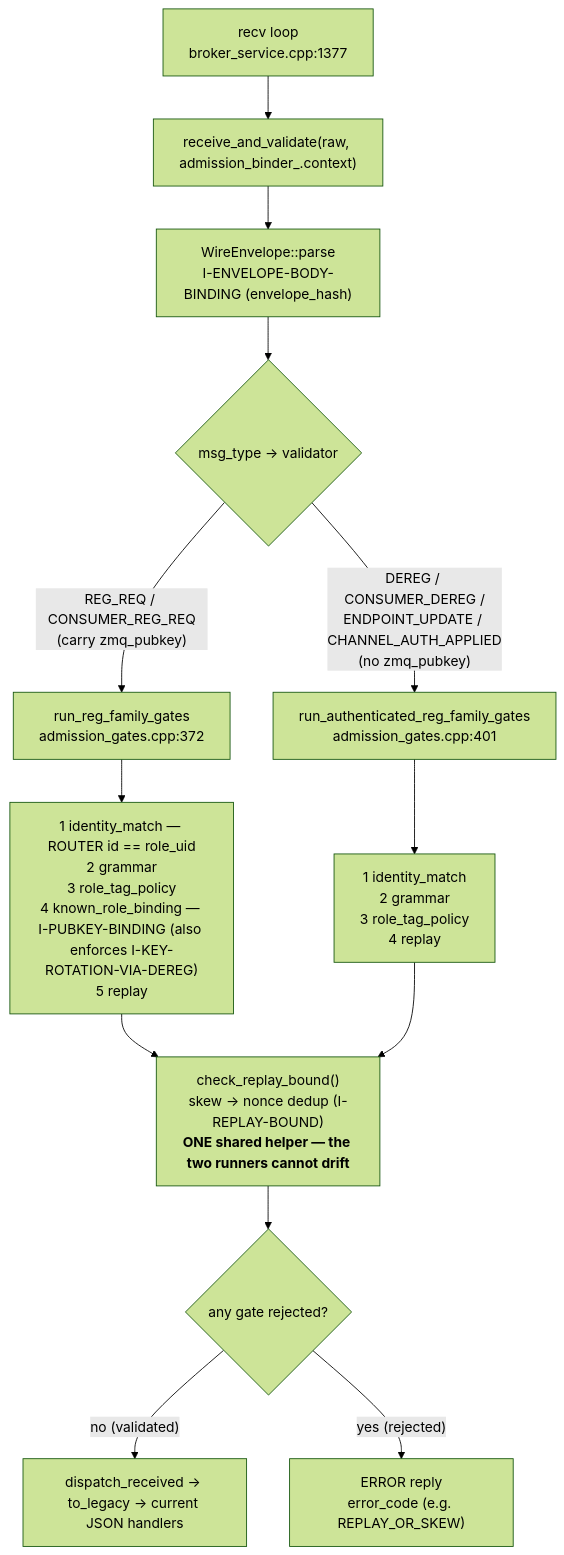
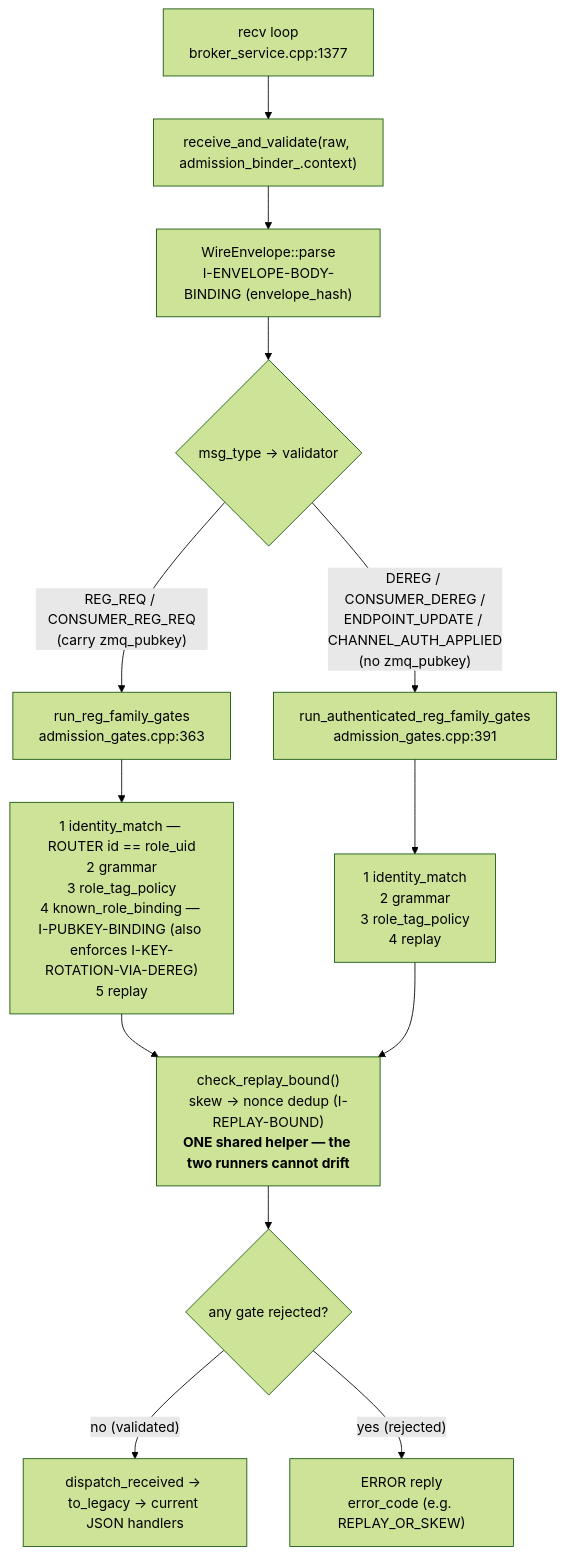
One commit to Qing-LAB/pylabhub changed the diagram in docs/HEP/HEP-CORE-0046-REG-Protocol-Redesign.md. Above: the diagram before and after it, drawn with Mermaid (forest theme). The commit also changed 8 other files, not shown here.

````diff
--- a/docs/HEP/HEP-CORE-0046-REG-Protocol-Redesign.md
+++ b/docs/HEP/HEP-CORE-0046-REG-Protocol-Redesign.md
@@ -53,20 +53,20 @@
 ```mermaid
 flowchart TD
     RECV["recv loop<br/>broker_service.cpp:1377"]
       --> RV["receive_and_validate(raw, admission_binder_.context)"]
     RV --> PARSE["WireEnvelope::parse<br/>I-ENVELOPE-BODY-BINDING (envelope_hash)"]
     PARSE --> ROUTE{"msg_type → validator"}
 
-    ROUTE -->|"REG_REQ / CONSUMER_REG_REQ<br/>(carry zmq_pubkey)"| RFG["run_reg_family_gates<br/>admission_gates.cpp:372"]
-    ROUTE -->|"DEREG / CONSUMER_DEREG /<br/>ENDPOINT_UPDATE / CHANNEL_AUTH_APPLIED<br/>(no zmq_pubkey)"| ARF["run_authenticated_reg_family_gates<br/>admission_gates.cpp:401"]
+    ROUTE -->|"REG_REQ / CONSUMER_REG_REQ<br/>(carry zmq_pubkey)"| RFG["run_reg_family_gates<br/>admission_gates.cpp:363"]
+    ROUTE -->|"DEREG / CONSUMER_DEREG /<br/>ENDPOINT_UPDATE / CHANNEL_AUTH_APPLIED<br/>(no zmq_pubkey)"| ARF["run_authenticated_reg_family_gates<br/>admission_gates.cpp:391"]
 
     RFG --> RFGG["1 identity_match — ROUTER id == role_uid<br/>2 grammar<br/>3 role_tag_policy<br/>4 known_role_binding — I-PUBKEY-BINDING (also enforces I-KEY-ROTATION-VIA-DEREG)<br/>5 replay"]
     ARF --> ARFG["1 identity_match<br/>2 grammar<br/>3 role_tag_policy<br/>4 replay"]
 
     RFGG --> CRB["check_replay_bound()<br/>skew → nonce dedup (I-REPLAY-BOUND)<br/><b>ONE shared helper — the two runners cannot drift</b>"]
     ARFG --> CRB
 
     CRB --> DR{"any gate rejected?"}
     DR -->|"no (validated)"| LEG["dispatch_received → to_legacy → current JSON handlers"]
     DR -->|"yes (rejected)"| ERR["ERROR reply<br/>error_code (e.g. REPLAY_OR_SKEW)"]
 ```
````
